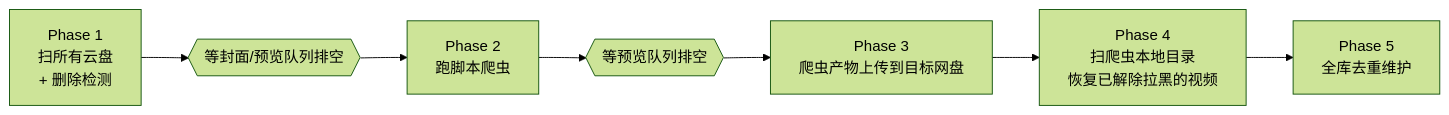
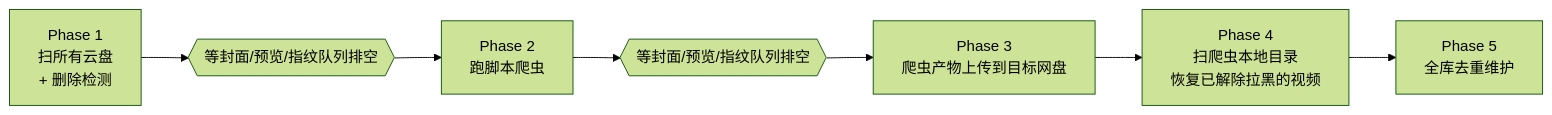
The third of 3 diagrams in backend/README.md (BAIBAIGE/91), drawn with Mermaid (forest theme) before and after one commit. The commit also changed other lines of this file and 5 other files, not shown here.

````diff
--- a/backend/README.md
+++ b/backend/README.md
@@ -286,9 +295,9 @@
 ```mermaid
 flowchart LR
-    P1["Phase 1<br/>扫所有云盘<br/>+ 删除检测"] --> W1{{"等封面/预览队列排空"}}
+    P1["Phase 1<br/>扫所有云盘<br/>+ 删除检测"] --> W1{{"等封面/预览/指纹队列排空"}}
     W1 --> P2["Phase 2<br/>跑脚本爬虫"]
-    P2 --> W2{{"等预览队列排空"}}
+    P2 --> W2{{"等封面/预览/指纹队列排空"}}
     W2 --> P3["Phase 3<br/>爬虫产物上传到目标网盘"]
     P3 --> P4["Phase 4<br/>扫爬虫本地目录<br/>恢复已解除拉黑的视频"]
     P4 --> P5["Phase 5<br/>全库去重维护"]
 ```
````
